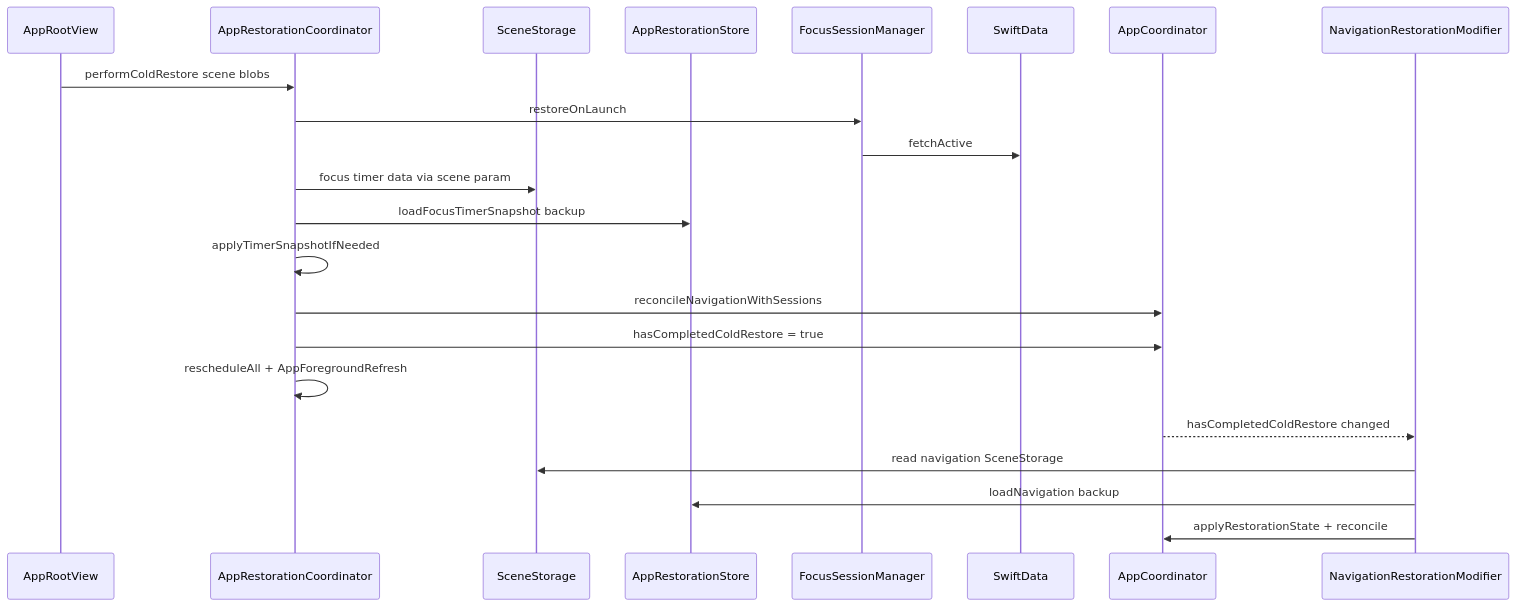
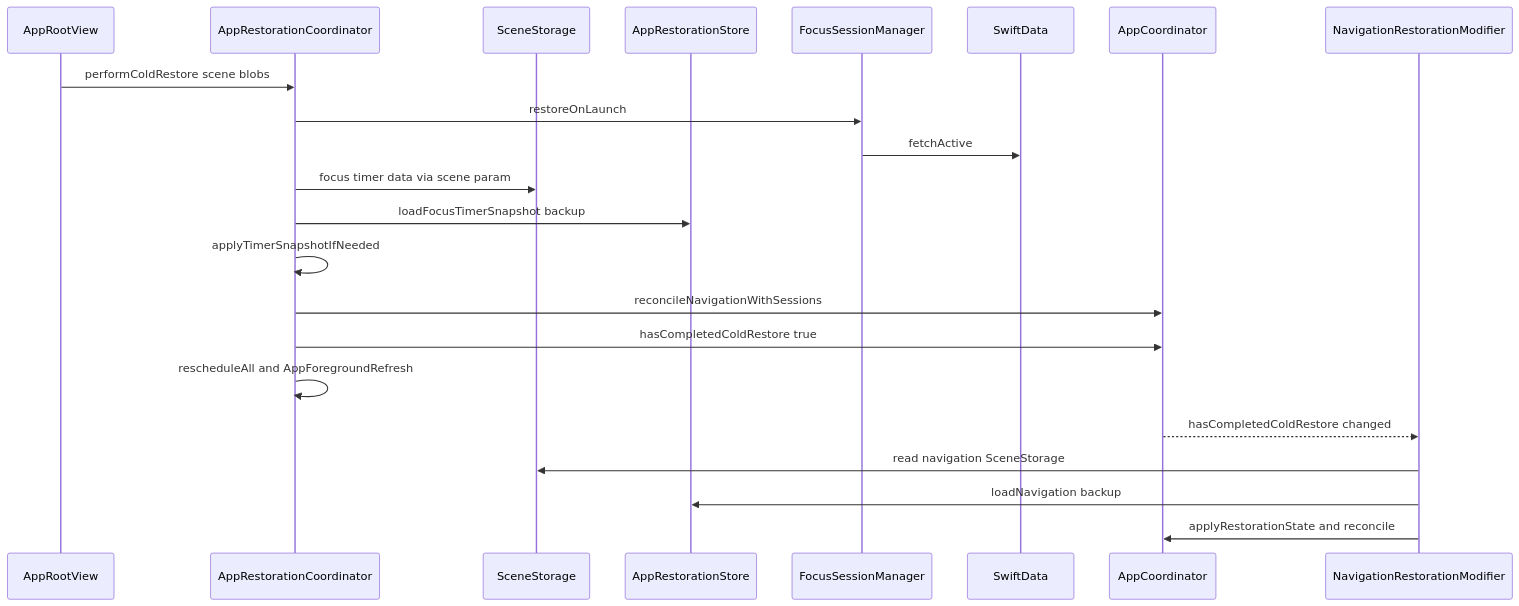
The fifth of 5 diagrams in docs/interview-guide/16-app-restoration-coordinator.md (nguyenquanghuy22041990/FocusUp), drawn with Mermaid before and after one commit. The commit also changed other lines of this file and 30 other files, not shown here.

````diff
--- a/docs/interview-guide/16-app-restoration-coordinator.md
+++ b/docs/interview-guide/16-app-restoration-coordinator.md
@@ -343,25 +343,25 @@
 ```mermaid
 sequenceDiagram
     participant ARV as AppRootView
     participant ARC as AppRestorationCoordinator
     participant SS as SceneStorage
     participant UD as AppRestorationStore
     participant FSM as FocusSessionManager
     participant DB as SwiftData
     participant CO as AppCoordinator
     participant NAV as NavigationRestorationModifier
 
     ARV->>ARC: performColdRestore scene blobs
     ARC->>FSM: restoreOnLaunch
     FSM->>DB: fetchActive
     ARC->>SS: focus timer data via scene param
     ARC->>UD: loadFocusTimerSnapshot backup
     ARC->>ARC: applyTimerSnapshotIfNeeded
     ARC->>CO: reconcileNavigationWithSessions
-    ARC->>CO: hasCompletedColdRestore = true
-    ARC->>ARC: rescheduleAll + AppForegroundRefresh
+    ARC->>CO: hasCompletedColdRestore true
+    ARC->>ARC: rescheduleAll and AppForegroundRefresh
     CO-->>NAV: hasCompletedColdRestore changed
     NAV->>SS: read navigation SceneStorage
     NAV->>UD: loadNavigation backup
-    NAV->>CO: applyRestorationState + reconcile
+    NAV->>CO: applyRestorationState and reconcile
 ```
````
